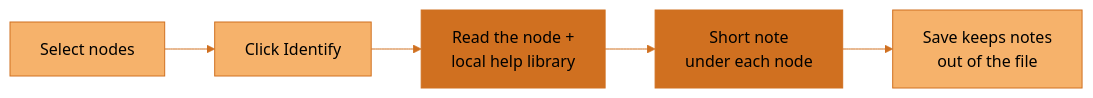
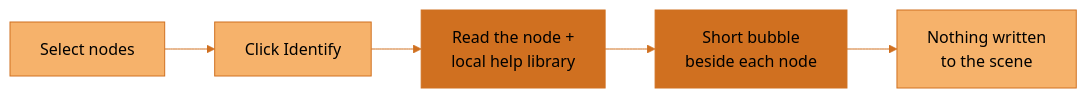
Before and after one commit to JosephOIbrahim/Synapse: the second of 2 diagrams in README.md, drawn with Mermaid (base theme). The commit also changed other lines of this file and 18 other files, not shown here.

````diff
--- a/README.md
+++ b/README.md
@@ -67,15 +67,15 @@
 ```mermaid
 flowchart LR
     accTitle: How Identify explains selected nodes
-    accDescr: You select nodes and click Identify. SYNAPSE reads each node and the local SideFX help library without a model. A short note appears under each node. Saving the scene leaves the notes out of the file.
+    accDescr: You select nodes and click Identify. SYNAPSE reads each node and the local SideFX help library without a model. A short bubble appears beside each node, drawn over the network editor. Nothing is written to the scene.
     S["Select nodes"] --> I["Click Identify"]
     I --> R["Read the node +<br/>local help library"]
-    R --> N["Short note<br/>under each node"]
-    N --> F["Save keeps notes<br/>out of the file"]
+    R --> N["Short bubble<br/>beside each node"]
+    N --> F["Nothing written<br/>to the scene"]
     classDef default fill:#F6B26B,stroke:#D07020,color:#000000
     classDef artist fill:#F6B26B,stroke:#D07020,color:#000000
     classDef synapse fill:#D07020,stroke:#D07020,color:#000000
     class S,I artist
     class R,N synapse
     linkStyle default stroke:#D07020
 ```
````
